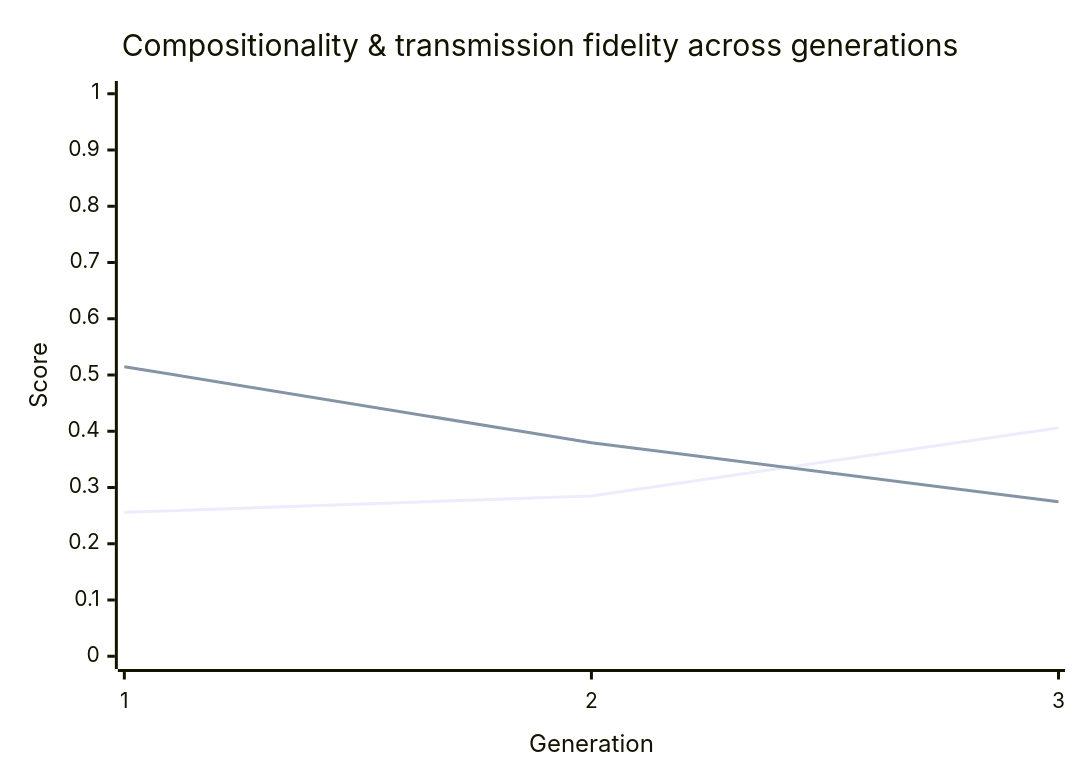
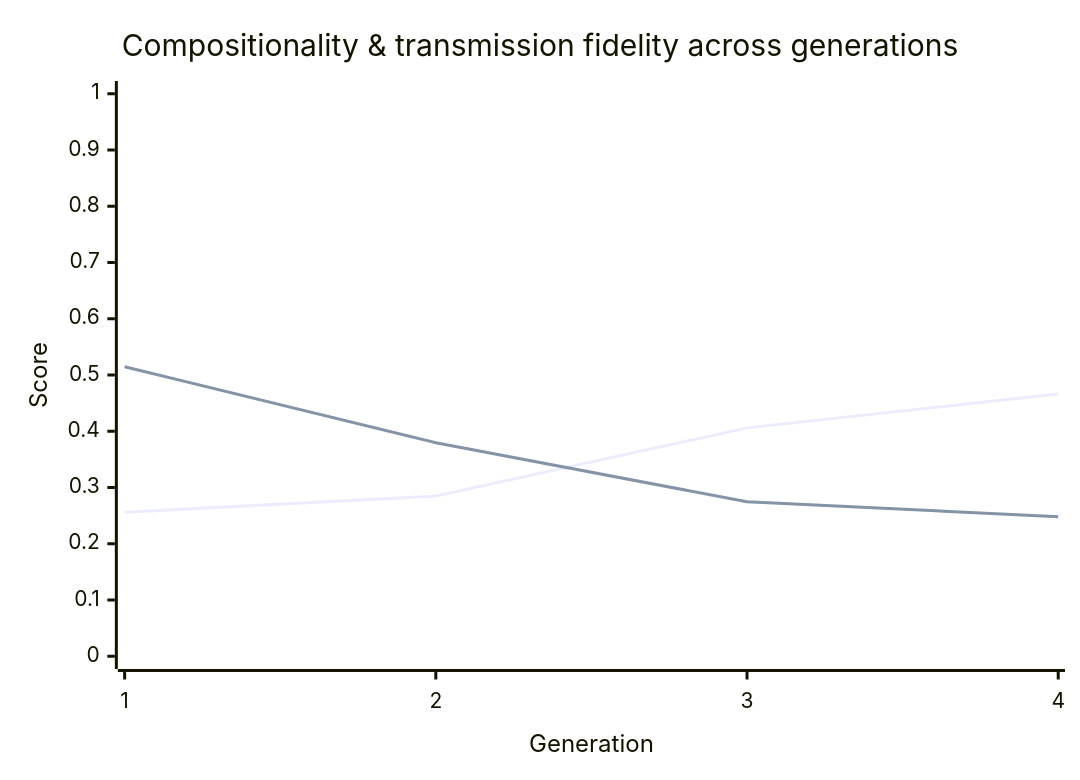
One commit to nichobbs/traditio changed the diagram in metrics/latest-report.md. Above: the diagram before and after it, drawn with Mermaid. The commit also changed other lines of this file and 1 other file, not shown here.

````diff
--- a/metrics/latest-report.md
+++ b/metrics/latest-report.md
@@ -40,8 +40,8 @@
 ```mermaid
 xychart-beta
     title "Compositionality & transmission fidelity across generations"
-    x-axis "Generation" [1, 2, 3]
+    x-axis "Generation" [1, 2, 3, 4]
     y-axis "Score" 0 --> 1
-    line "Compositionality" [0.2559, 0.2849, 0.4060]
-    line "Transmission Fidelity" [0.5148, 0.3796, 0.2746]
+    line "Compositionality" [0.2559, 0.2849, 0.4060, 0.4663]
+    line "Transmission Fidelity" [0.5148, 0.3796, 0.2746, 0.2481]
 ```
````
